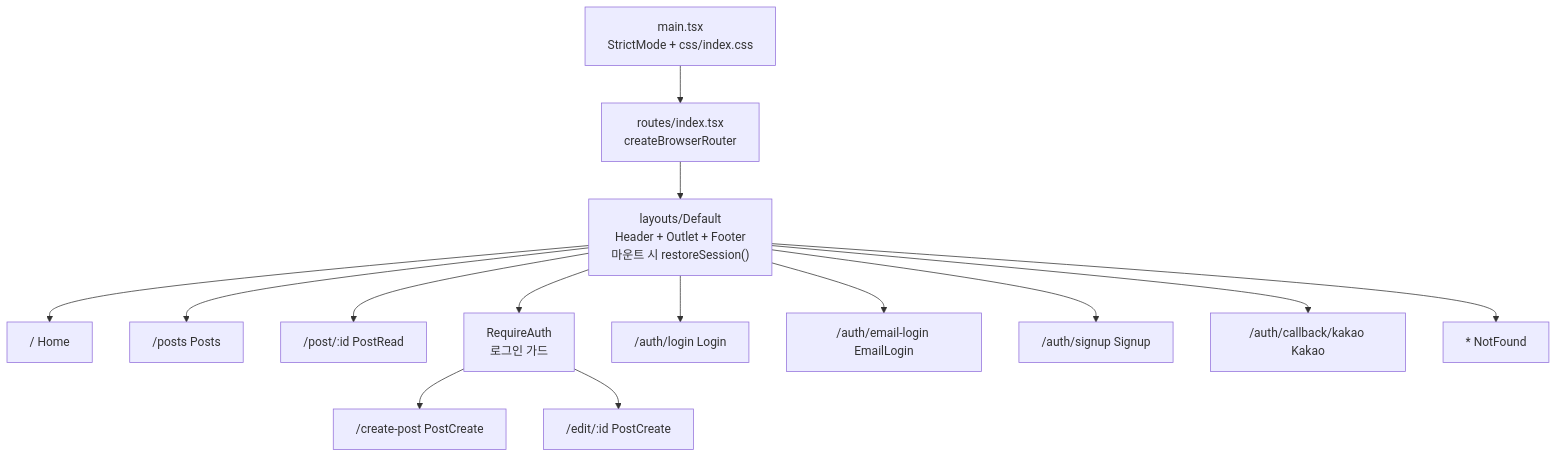
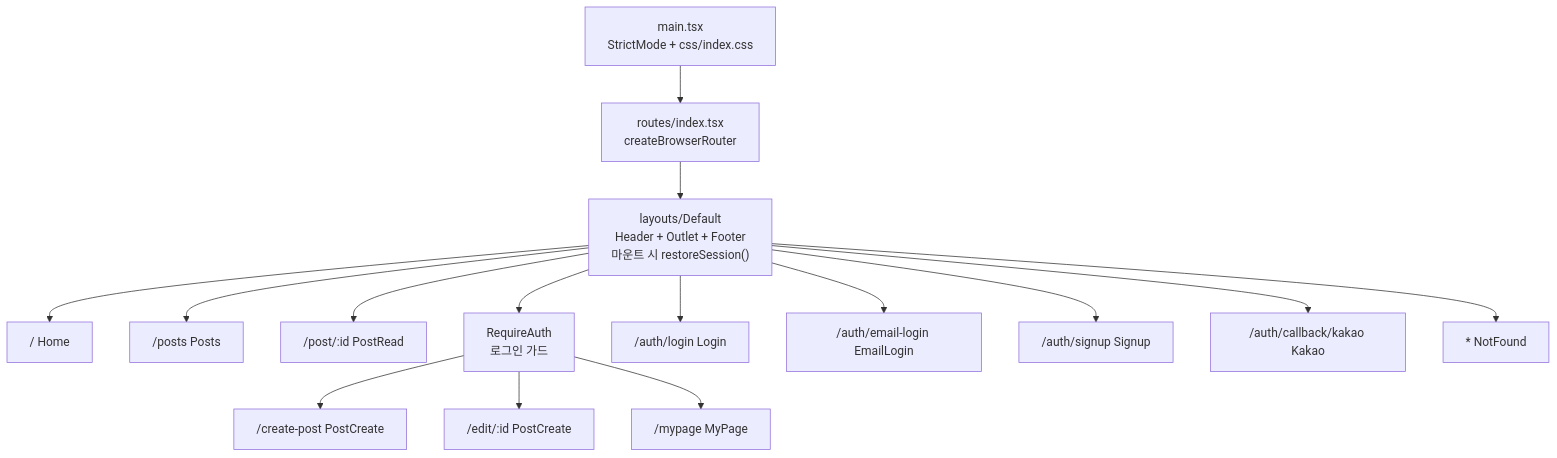
Before and after one commit to chayoungsim/sucoding: the first of 5 diagrams in docs/architecture.md, drawn with Mermaid. The commit also changed other lines of this file and 1 other file, not shown here.

````diff
--- a/docs/architecture.md
+++ b/docs/architecture.md
@@ -11,17 +11,18 @@
 ```mermaid
 flowchart TD
   main["main.tsx<br/>StrictMode + css/index.css"] --> router["routes/index.tsx<br/>createBrowserRouter"]
   router --> layout["layouts/Default<br/>Header + Outlet + Footer<br/>마운트 시 restoreSession()"]
 
   layout --> home["/ Home"]
   layout --> posts["/posts Posts"]
   layout --> read["/post/:id PostRead"]
   layout --> guard["RequireAuth<br/>로그인 가드"]
   guard --> create["/create-post PostCreate"]
   guard --> edit["/edit/:id PostCreate"]
+  guard --> mypage["/mypage MyPage"]
   layout --> login["/auth/login Login"]
   layout --> email["/auth/email-login EmailLogin"]
   layout --> signup["/auth/signup Signup"]
   layout --> kakao["/auth/callback/kakao Kakao"]
   layout --> nf["* NotFound"]
 ```
````
